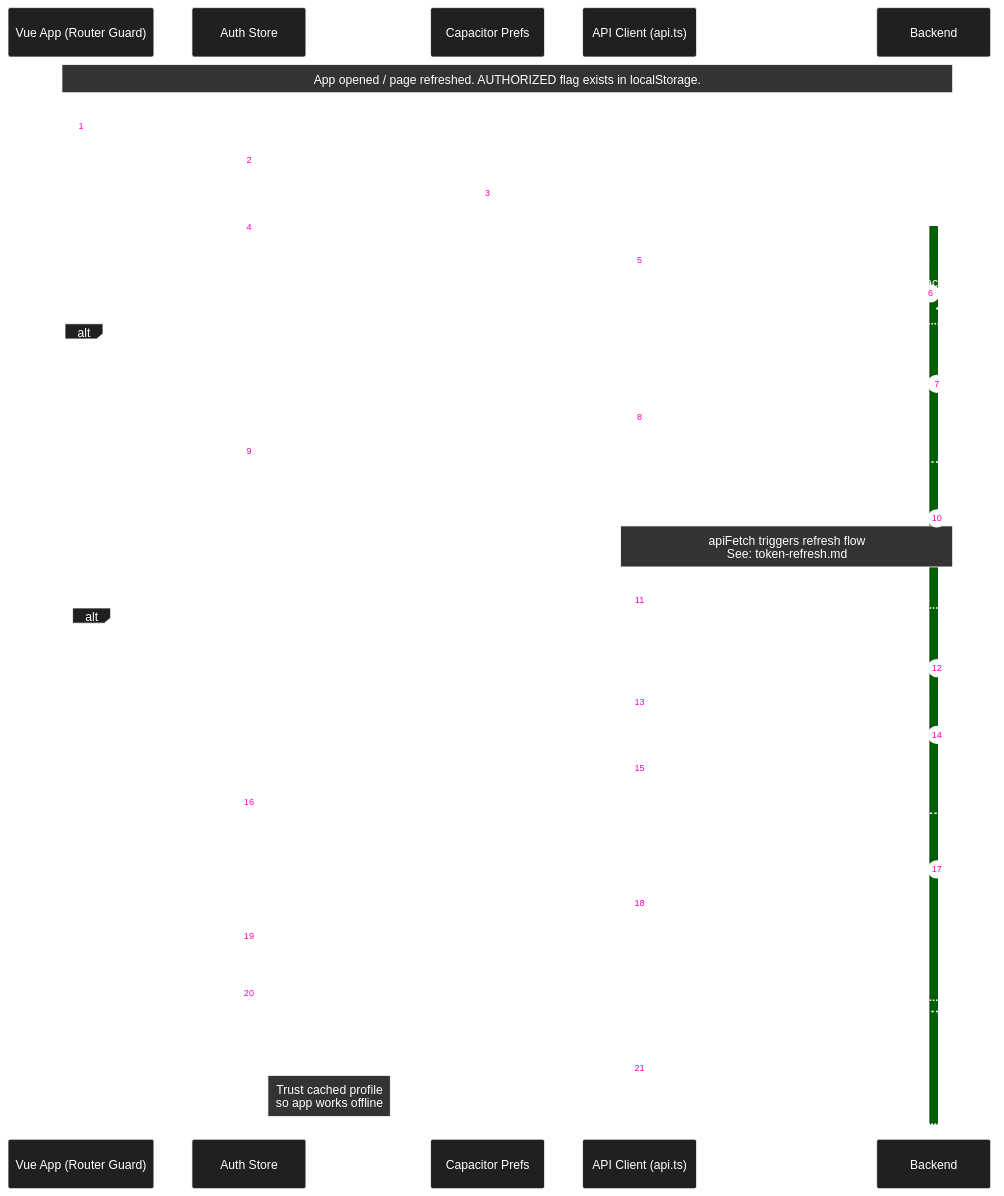
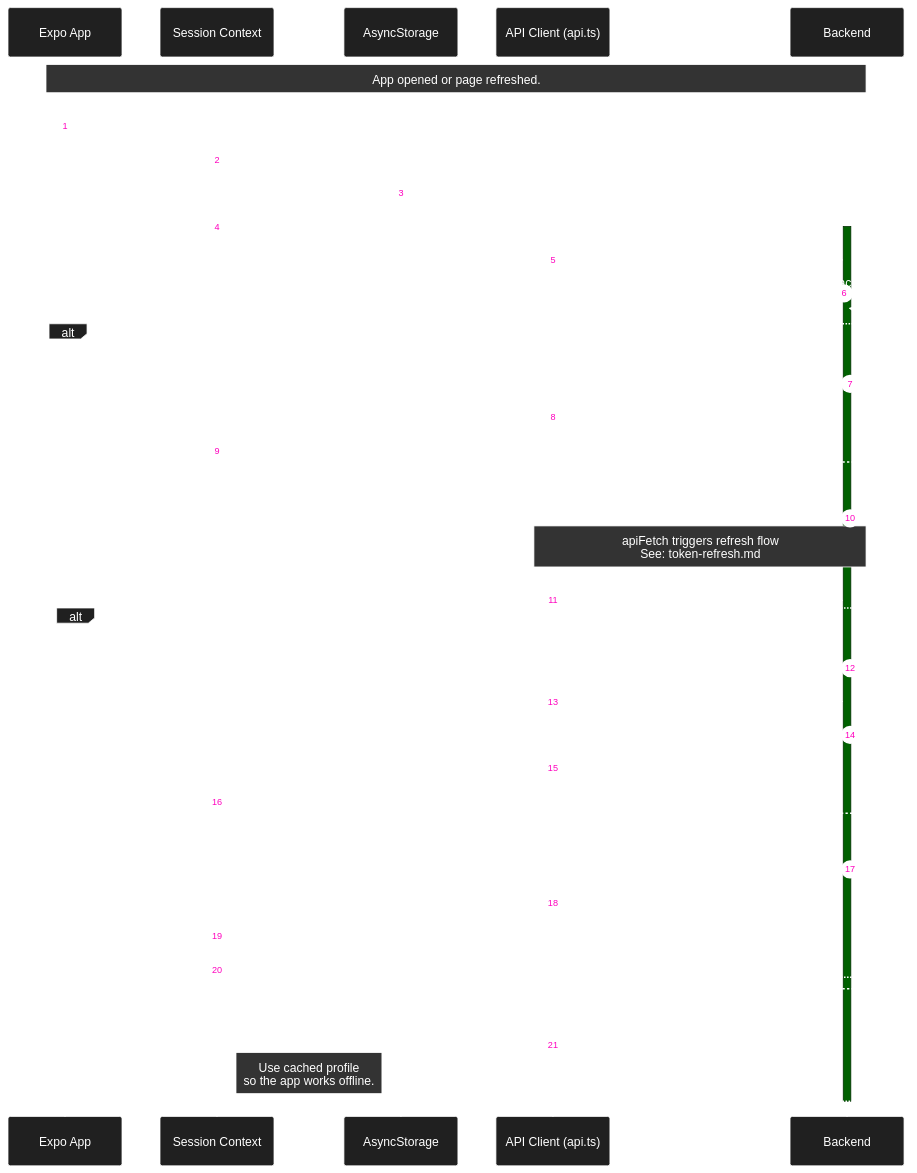
Before and after one commit to michaelgreenl/tally-tracker: the diagram in docs/diagrams/sequence/auth/auth-check.md, drawn with Mermaid. The commit also changed 213 other files, not shown here.

````diff
--- a/docs/diagrams/sequence/auth/auth-check.md
+++ b/docs/diagrams/sequence/auth/auth-check.md
@@ -3,70 +3,70 @@
 ```mermaid
 %%{
   init: {
     'theme': 'base',
     'themeVariables': {
       'primaryColor': '#202020',
       'primaryTextColor': '#fff',
       'primaryBorderColor': '#ffffff',
       'lineColor': '#00ff41',
       'secondaryColor': '#006100',
       'tertiaryColor': '#fff',
       'noteBkgColor': '#333',
       'noteTextColor': '#fff',
       'noteBorderColor': '#fff'
     }
   }
 }%%
 
 sequenceDiagram
     autonumber
-    participant App as Vue App (Router Guard)
-    participant Store as Auth Store
-    participant Storage as Capacitor Prefs
+    participant App as Expo App
+    participant Session as Session Context
+    participant Storage as AsyncStorage
     participant Client as API Client (api.ts)
     participant API as Backend
 
-    Note over App, API: App opened / page refreshed. AUTHORIZED flag exists in localStorage.
+    Note over App, API: App opened or page refreshed.
 
-    App->>Store: initializeAuth()
+    App->>Session: restoreSession()
 
-    Store->>Storage: Get cached user profile
-    Storage-->>Store: Cached user (instant UI hydration)
+    Session->>Storage: Get cached user profile
+    Storage-->>Session: Cached user
 
-    Store->>Client: GET /users/check-auth
+    Session->>Client: GET /users/check-auth
 
     activate API
     Client->>API: Request (access token via cookie or header)
     API->>API: Validate access token
 
     alt Access Token Valid
         API-->>Client: 200 { user }
-        Client-->>Store: User data
-        Store->>Storage: Update cached profile
+        Client-->>Session: User data
+        Session->>Storage: Update cached profile
 
     else Access Token Expired
         API-->>Client: 401
 
         Note over Client, API: apiFetch triggers refresh flow<br/>See: token-refresh.md
         Client->>API: POST /users/refresh
 
         alt Refresh Succeeds
             API-->>Client: 200 (new tokens)
             Client->>API: Retry GET /users/check-auth
             API-->>Client: 200 { user }
-            Client-->>Store: User data
-            Store->>Storage: Update cached profile
+            Client-->>Session: User data
+            Session->>Storage: Update cached profile
 
         else Refresh Fails (expired / invalid)
             API-->>Client: 401
-            Client-->>Store: Auth failed
-            Store->>Store: logout(false)
-            Store->>App: Redirect to /login
+            Client-->>Session: Auth failed
+            Session->>Storage: Clear local auth
+            Session->>App: Redirect to /login
         end
 
     else Network Error
-        Client-->>Store: Error
-        Note right of Store: Trust cached profile<br/>so app works offline
+        Client-->>Session: Error
+        Note right of Session: Use cached profile<br/>so the app works offline.
     end
     deactivate API
 ```
````
